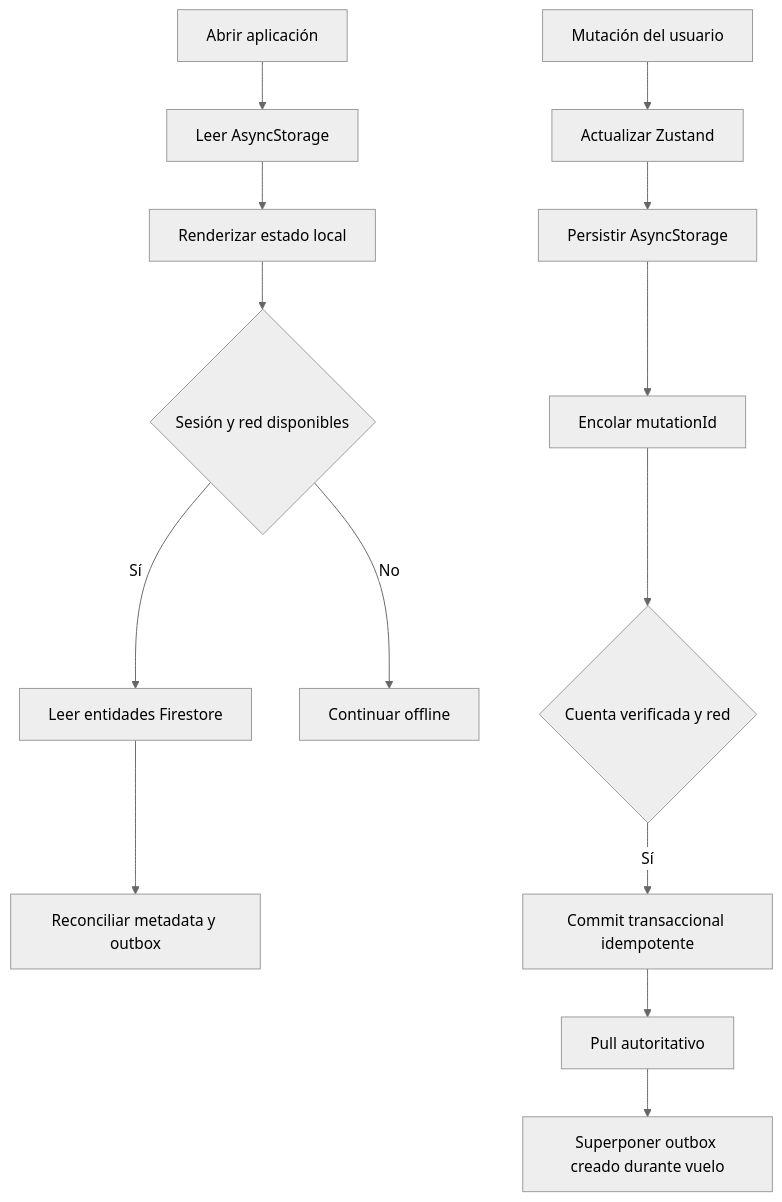
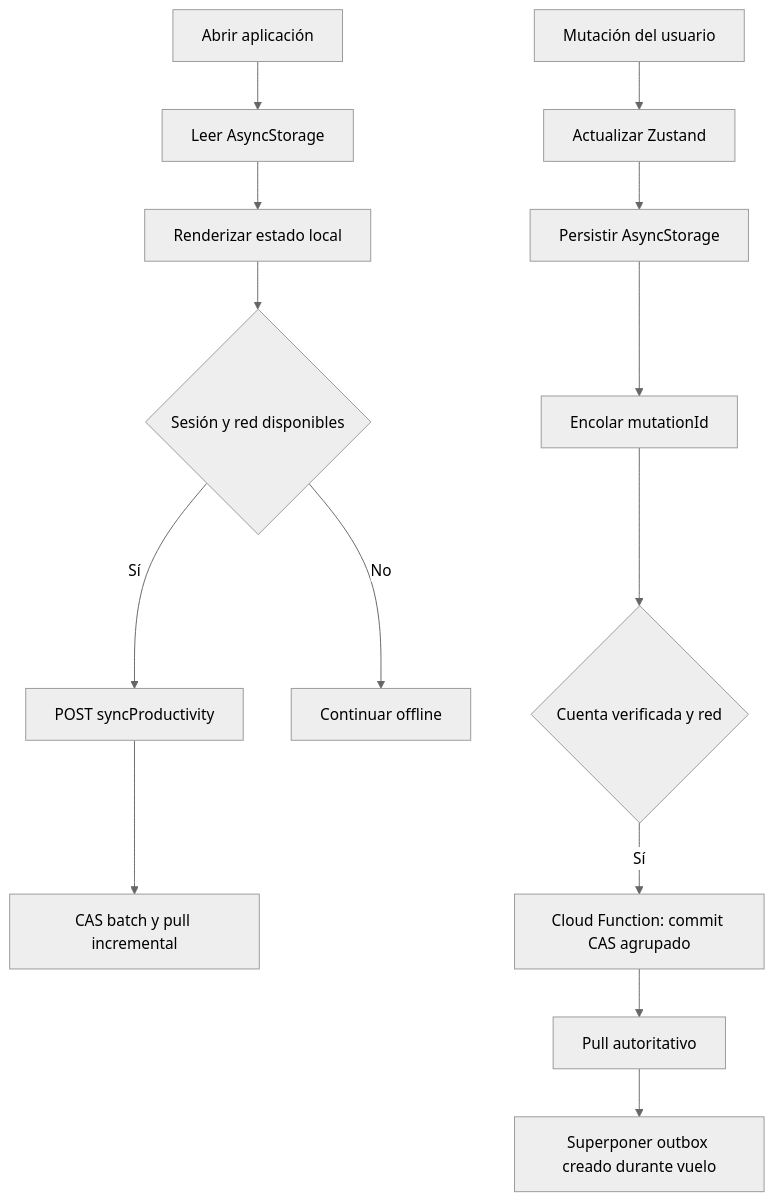
Before and after one commit to MiguelSalmeron/SUI: the diagram in docs/explanation/architecture.md, drawn with Mermaid (neutral theme). The commit also changed other lines of this file and 11 other files, not shown here.

First line of the commit message:
feat(sync): add incremental pull and compaction

````diff
--- a/docs/explanation/architecture.md
+++ b/docs/explanation/architecture.md
@@ -96,16 +96,16 @@
 ```mermaid
 graph TD
     A[Abrir aplicación] --> B[Leer AsyncStorage]
     B --> C[Renderizar estado local]
     C --> D{Sesión y red disponibles}
-    D -- Sí --> E[Leer entidades Firestore]
-    E --> F[Reconciliar metadata y outbox]
+    D -- Sí --> E[POST syncProductivity]
+    E --> F[CAS batch y pull incremental]
     D -- No --> G[Continuar offline]
     H[Mutación del usuario] --> I[Actualizar Zustand]
     I --> J[Persistir AsyncStorage]
     J --> K[Encolar mutationId]
     K --> L{Cuenta verificada y red}
-    L -- Sí --> M[Commit transaccional idempotente]
+    L -- Sí --> M[Cloud Function: commit CAS agrupado]
     M --> N[Pull autoritativo]
     N --> O[Superponer outbox creado durante vuelo]
 ```
````
